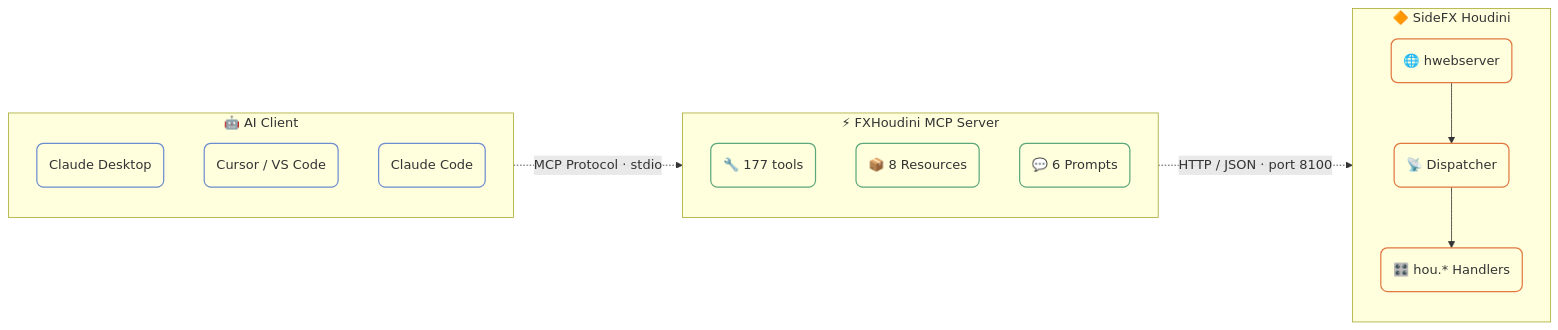
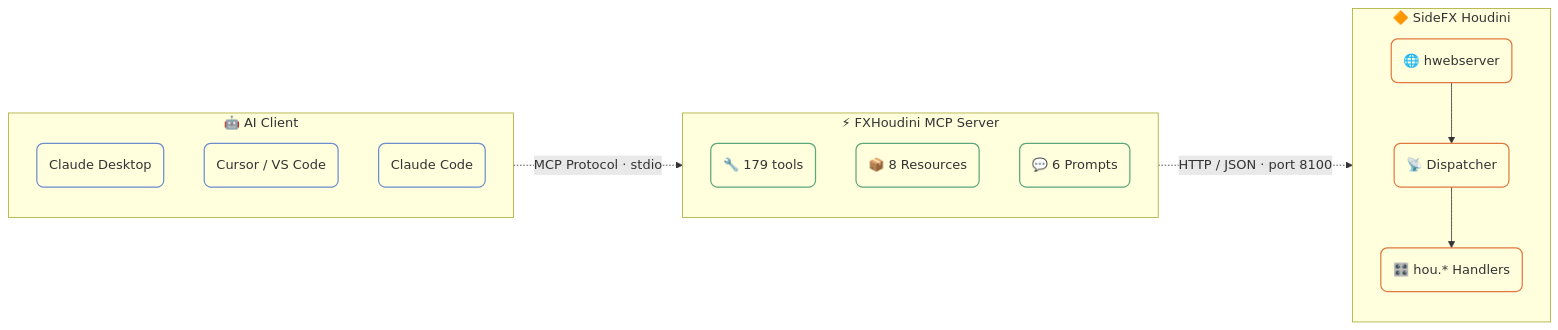
The diagram in docs/index.md (Ced04826/fxhoudinimcp), drawn with Mermaid before and after one commit. The commit also changed other lines of this file and 10 other files, not shown here.

````diff
--- a/docs/index.md
+++ b/docs/index.md
@@ -39,35 +40,35 @@
 ```mermaid
 flowchart LR
     subgraph Client[" 🤖 AI Client "]
         direction TB
         A1("Claude Desktop")
         A2("Cursor / VS Code")
         A3("Claude Code")
     end
 
     subgraph MCP[" ⚡ FXHoudini MCP Server "]
         direction TB
-        B1("🔧 177 tools")
+        B1("🔧 179 tools")
         B2("📦 8 Resources")
         B3("💬 6 Prompts")
     end
 
     subgraph Houdini[" 🔶 SideFX Houdini "]
         direction TB
         C1("🌐 hwebserver")
         C2("📡 Dispatcher")
         C3("🎛️ hou.* Handlers")
         C1 --> C2 --> C3
     end
 
     Client -. "MCP Protocol · stdio" .-> MCP
     MCP -. "HTTP / JSON · port 8100" .-> Houdini
 
     classDef clientNode fill:transparent,stroke:#6b8cce,stroke-width:1.5px,rx:8,ry:8
     classDef mcpNode fill:transparent,stroke:#5ba67a,stroke-width:1.5px,rx:8,ry:8
     classDef houdiniNode fill:transparent,stroke:#e07840,stroke-width:1.5px,rx:8,ry:8
 
     class A1,A2,A3 clientNode
     class B1,B2,B3 mcpNode
     class C1,C2,C3 houdiniNode
 ```
````
